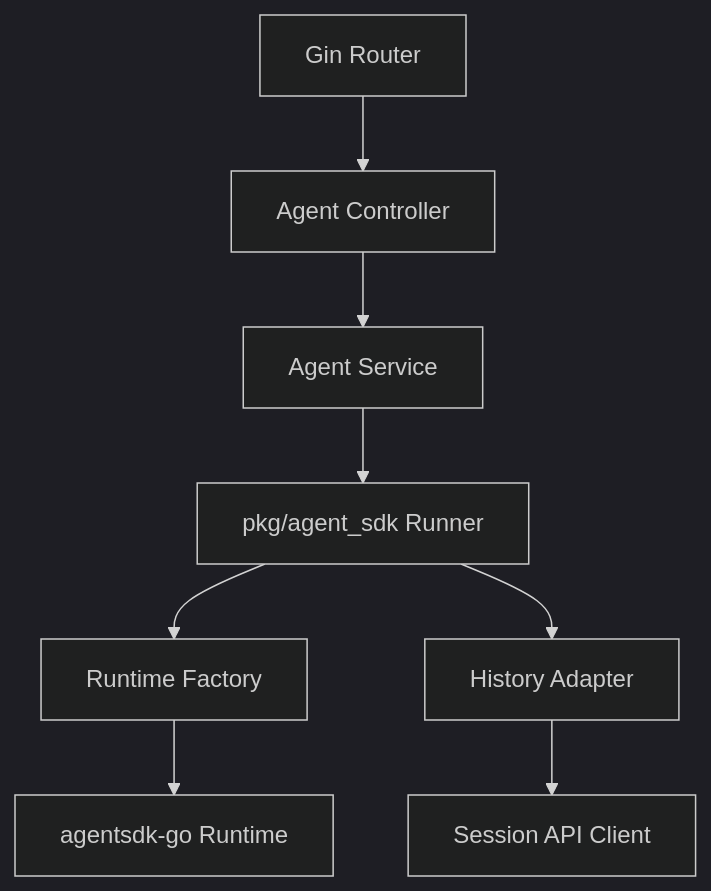
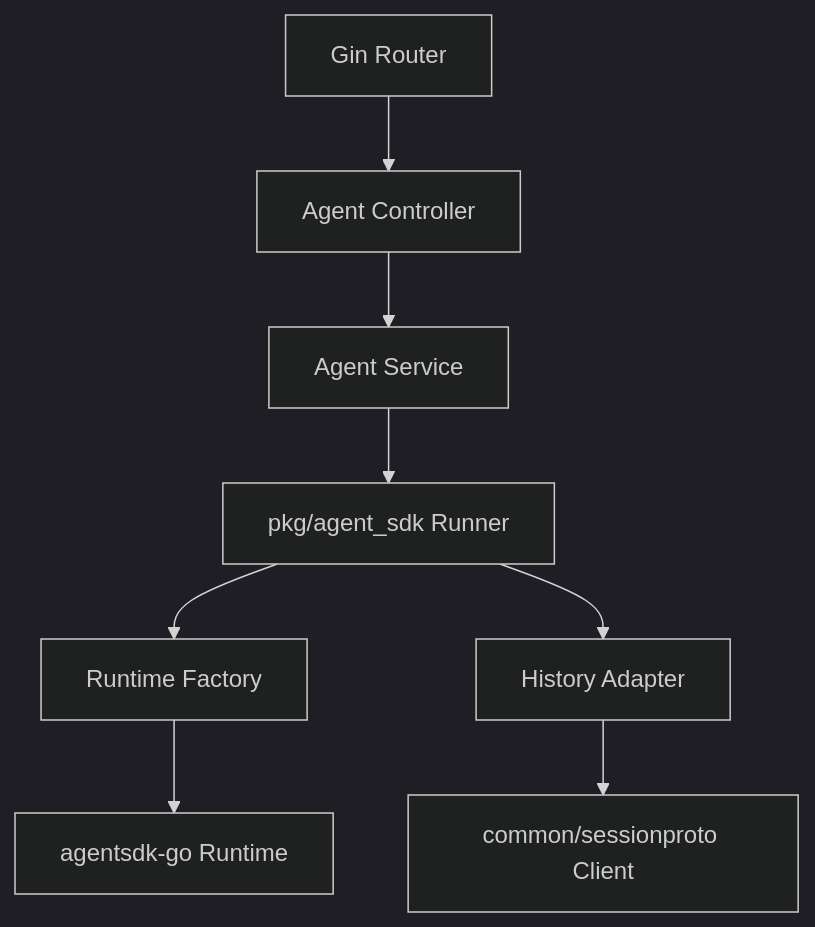
One commit to issueye/icoo_claw changed the second of 5 diagrams in docs/ai-agent-platform/02-architecture.md. Above: the diagram before and after it, drawn with Mermaid (dark theme). The commit also changed other lines of this file and 35 other files, not shown here.

````diff
--- a/docs/ai-agent-platform/02-architecture.md
+++ b/docs/ai-agent-platform/02-architecture.md
@@ -68,10 +78,10 @@
 ```mermaid
 flowchart TB
   Router["Gin Router"] --> Controller["Agent Controller"]
-  Controller --> AgentService["Agent Service"]
-  AgentService --> Runner["pkg/agent_sdk Runner"]
-  Runner --> RuntimeFactory["Runtime Factory"]
-  Runner --> HistoryAdapter["History Adapter"]
-  HistoryAdapter --> SessionClient["Session API Client"]
+ Controller --> AgentService["Agent Service"]
+ AgentService --> Runner["pkg/agent_sdk Runner"]
+ Runner --> RuntimeFactory["Runtime Factory"]
+ Runner --> HistoryAdapter["History Adapter"]
+  HistoryAdapter --> SessionClient["common/sessionproto Client"]
   RuntimeFactory --> SDK["agentsdk-go Runtime"]
 ```
````
